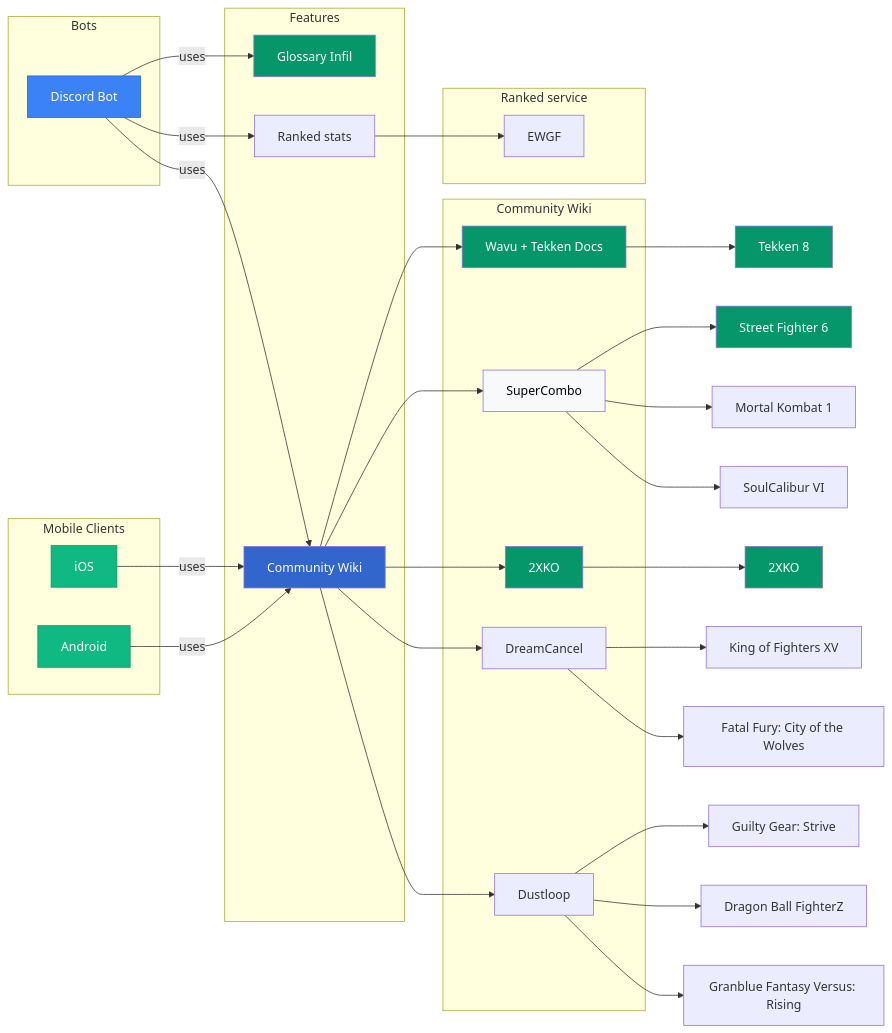
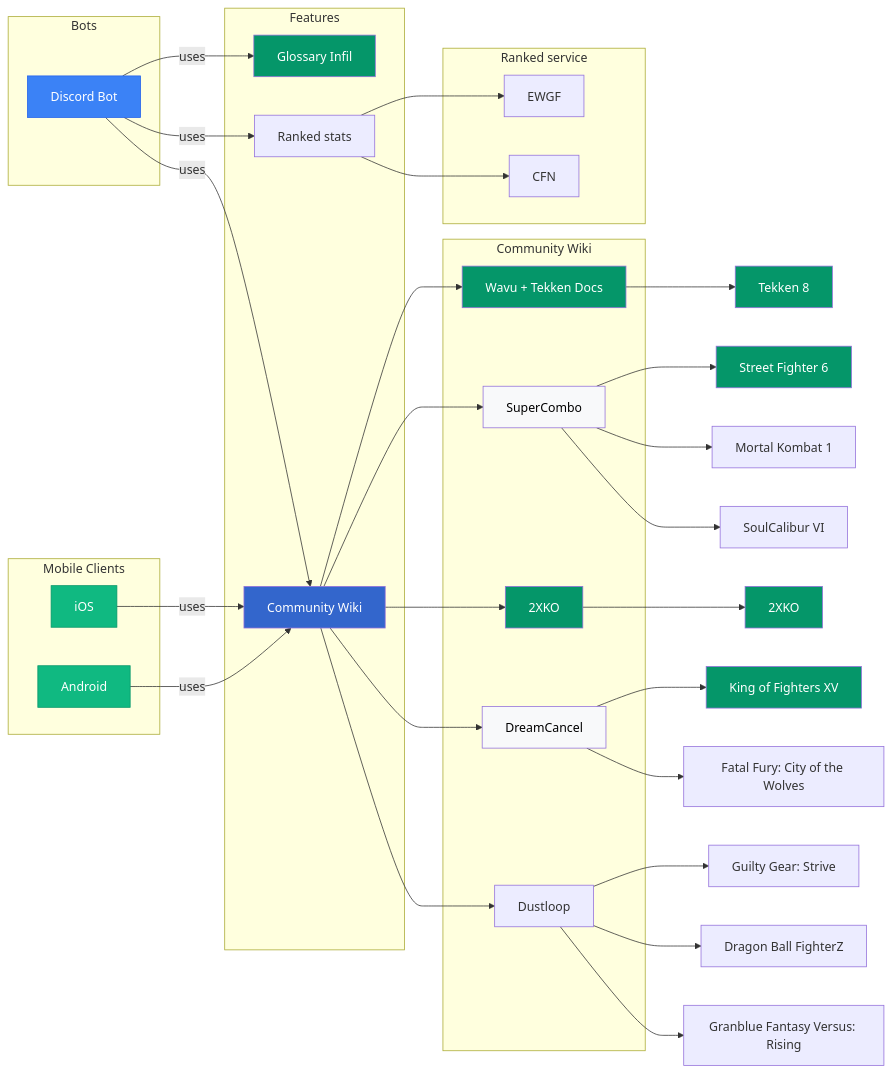
The diagram in README.md (Sophon/FightingNerd), drawn with Mermaid before and after one commit. The commit also changed 4 other files, not shown here.

````diff
--- a/README.md
+++ b/README.md
@@ -24,68 +24,72 @@
 ```mermaid
 graph LR
   subgraph Bots
     discordBot[Discord Bot]
   end
 
   subgraph "Mobile Clients"
     android[Android]
     iOS[iOS]
   end
 
   subgraph Features
     glossaryInfil[Glossary Infil]
     communityWiki[Community Wiki]
     elo[Ranked stats]
   end
 
   subgraph Community Wiki
     wikiWavu[Wavu + Tekken Docs]
     supercombo[SuperCombo]
     2xko[2XKO]
     dustloop[Dustloop]
     dreamcancel[DreamCancel]
   end
 
   subgraph Ranked service
     ewgf[EWGF]
+    cfn[CFN]
   end
 
   android -->|uses| communityWiki
   iOS -->|uses| communityWiki
 
   discordBot -->|uses| glossaryInfil
   discordBot -->|uses| communityWiki
   discordBot -->|uses| elo
 
   communityWiki --> wikiWavu
   communityWiki --> supercombo
   communityWiki --> 2xko
   communityWiki --> dreamcancel
   communityWiki --> dustloop
 
   elo --> ewgf
+  elo --> cfn
 
   wikiWavu --> t8[Tekken 8]
   supercombo --> sf6[Street Fighter 6]
   supercombo --> mk1[Mortal Kombat 1]
   supercombo --> sc6[SoulCalibur VI]
   dustloop --> ggst[Guilty Gear: Strive]
   dustloop --> dbfz[Dragon Ball FighterZ]
   dustloop --> gbvsr[Granblue Fantasy Versus: Rising]
   2xko --> xko[2XKO]
   dreamcancel --> kof15[King of Fighters XV]
   dreamcancel --> cotw[Fatal Fury: City of the Wolves]
 
 
   style discordBot fill:#3B82F6,stroke:#2563EB,color:#fff
   style android fill:#10B981,stroke:#059669,color:#fff
   style iOS fill:#10B981,stroke:#059669,color:#fff
   style glossaryInfil fill:#059669,color:#fff
   style communityWiki fill:#3366CC,color:#fff
   style wikiWavu fill:#059669,color:#fff
   style supercombo fill:#F8F9FA,color:#000000
+  style dreamcancel fill:#F8F9FA,color:#000000
   style 2xko fill:#059669,color:#fff
   style t8 fill:#059669, color:#fff
   style sf6 fill:#059669, color:#fff
   style xko fill:#059669, color:#fff
+  style kof15 fill:#059669,color:#fff
 ```
````
